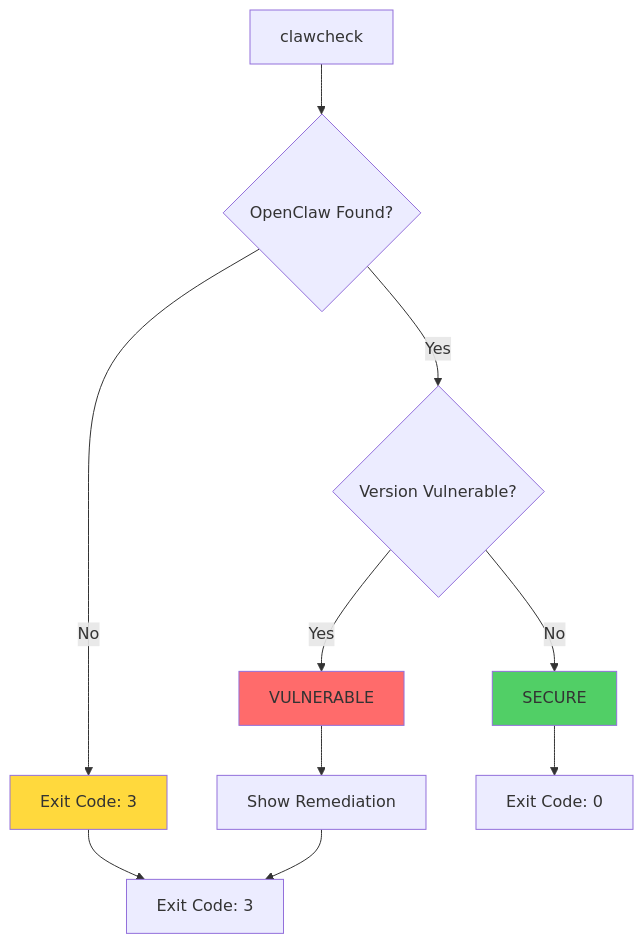
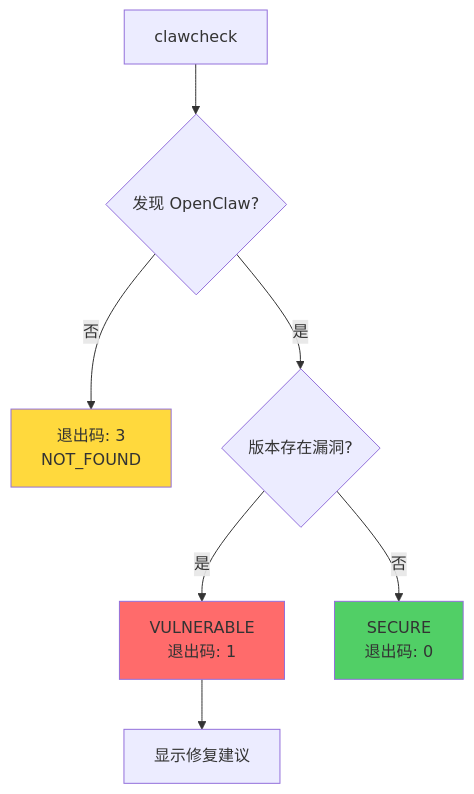
One commit to ErinYu/clawcheck changed the third of 9 diagrams in README.md. Above: the diagram before and after it, drawn with Mermaid. The commit also changed other lines of this file, not shown here.

````diff
--- a/README.md
+++ b/README.md
@@ -69,16 +170,13 @@
 ```mermaid
 flowchart TD
-    A[clawcheck] --> B{OpenClaw Found?}
-    B -->|No| C[Exit Code: 3]
-    B -->|Yes| D{Version Vulnerable?}
-    D -->|Yes| E[VULNERABLE]
-    D -->|No| F[SECURE]
-    E --> G[Show Remediation]
-    F --> H[Exit Code: 0]
-    C --> I[Exit Code: 3]
-    G --> I
+    A[clawcheck] --> B{发现 OpenClaw?}
+    B -->|否| C[退出码: 3<br/>NOT_FOUND]
+    B -->|是| D{版本存在漏洞?}
+    D -->|是| E[VULNERABLE<br/>退出码: 1]
+    D -->|否| F[SECURE<br/>退出码: 0]
+    E --> G[显示修复建议]
 
     style E fill:#ff6b6b
     style F fill:#51cf66
     style C fill:#ffd93d
 ```
````
